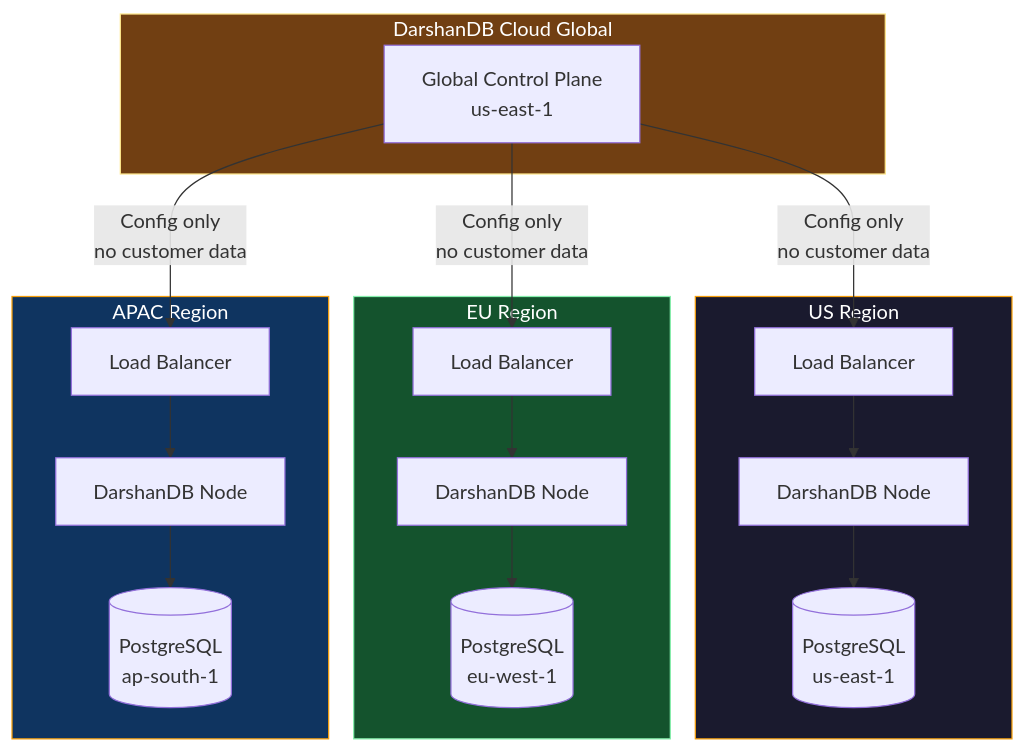
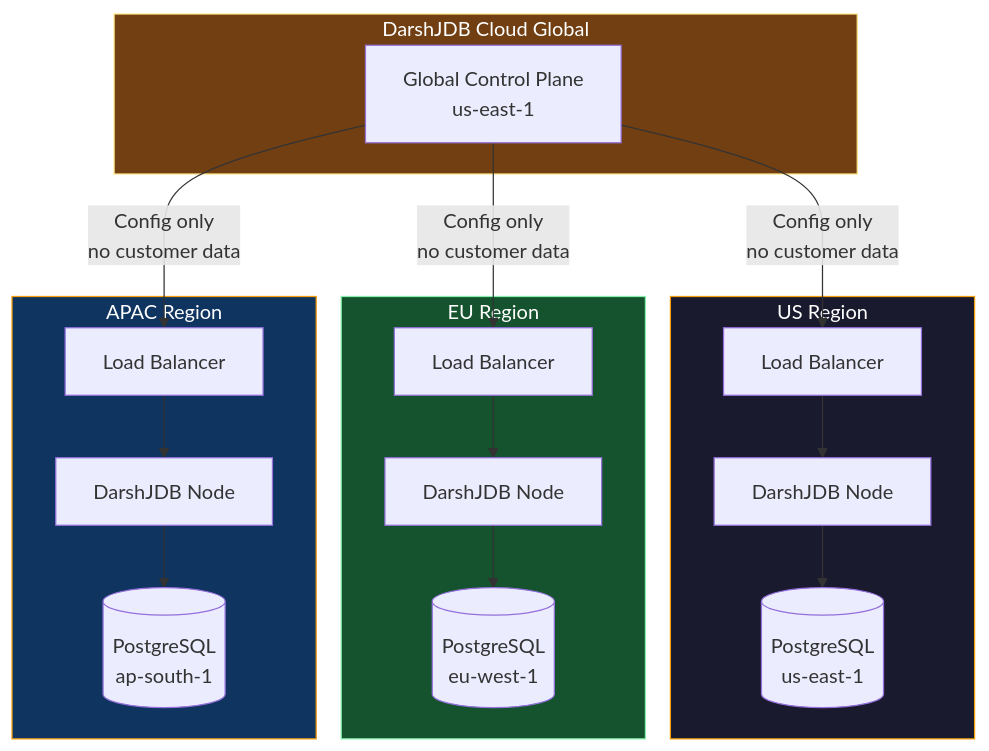
Before and after one commit to darshjme/darshjdb: the fifth of 12 diagrams in docs/strategy/ENTERPRISE_STRATEGY.md, drawn with Mermaid. The commit also changed other lines of this file and 107 other files, not shown here.

First line of the commit message:
rebrand: DarshanDB → DarshJDB (DDB)

````diff
--- a/docs/strategy/ENTERPRISE_STRATEGY.md
+++ b/docs/strategy/ENTERPRISE_STRATEGY.md
@@ -451,36 +451,36 @@
 ```mermaid
 graph TB
-    subgraph Global["DarshanDB Cloud Global"]
+    subgraph Global["DarshJDB Cloud Global"]
         CP["Global Control Plane\nus-east-1"]
     end
 
     subgraph US["US Region"]
         US_LB["Load Balancer"]
-        US_N1["DarshanDB Node"]
+        US_N1["DarshJDB Node"]
         US_PG[("PostgreSQL\nus-east-1")]
         US_LB --> US_N1 --> US_PG
     end
 
     subgraph EU["EU Region"]
         EU_LB["Load Balancer"]
-        EU_N1["DarshanDB Node"]
+        EU_N1["DarshJDB Node"]
         EU_PG[("PostgreSQL\neu-west-1")]
         EU_LB --> EU_N1 --> EU_PG
     end
 
     subgraph APAC["APAC Region"]
         AP_LB["Load Balancer"]
-        AP_N1["DarshanDB Node"]
+        AP_N1["DarshJDB Node"]
         AP_PG[("PostgreSQL\nap-south-1")]
         AP_LB --> AP_N1 --> AP_PG
     end
 
     CP -->|"Config only\nno customer data"| US_LB
     CP -->|"Config only\nno customer data"| EU_LB
     CP -->|"Config only\nno customer data"| AP_LB
 
     style Global fill:#713f12,stroke:#fde68a,color:#fff
     style US fill:#1a1a2e,stroke:#F59E0B,color:#fff
     style EU fill:#14532d,stroke:#86efac,color:#fff
     style APAC fill:#0f3460,stroke:#F59E0B,color:#fff
 ```
````
